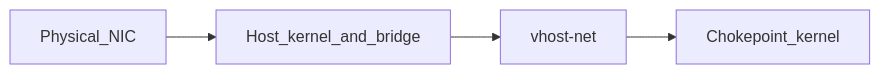
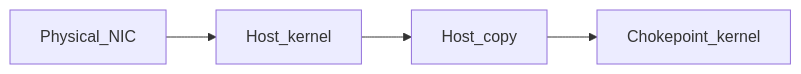
Before and after one commit to agoodkind/configs: the eighth of 9 diagrams in docs/mwan.md, drawn with Mermaid. The commit also changed other lines of this file, not shown here.

Commit message:
Rewrite docs/mwan.md scalability around measured host-copy scenarios

````diff
--- a/docs/mwan.md
+++ b/docs/mwan.md
@@ -336,10 +333,10 @@
 ```mermaid
 flowchart LR
   nic[Physical_NIC]
-  host[Host_kernel_and_bridge]
-  vq[vhost-net]
+  host[Host_kernel]
+  copy[Host_copy]
   guest[Chokepoint_kernel]
   nic --> host
-  host --> vq
-  vq --> guest
+  host --> copy
+  copy --> guest
 ```
````
